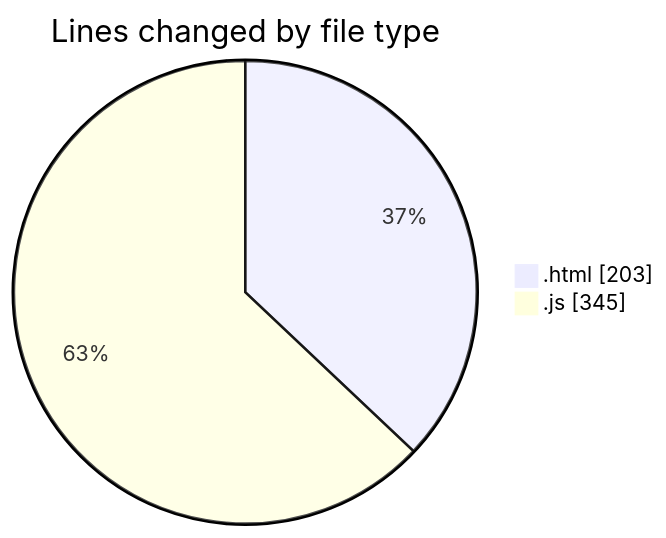
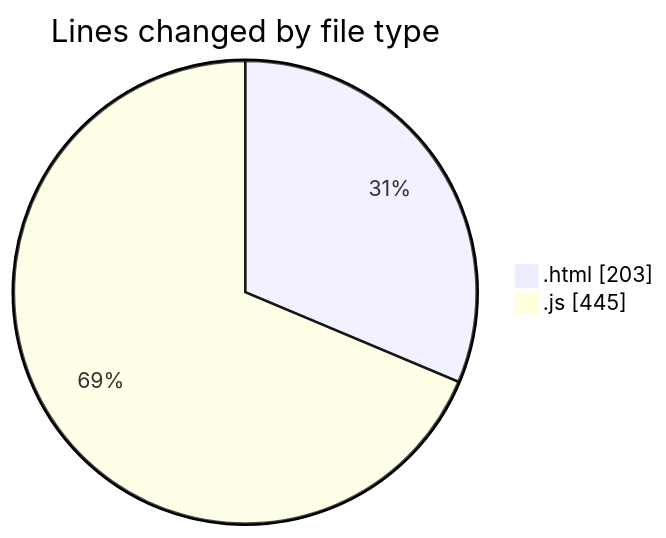
One commit to nxtqubesakshisongat/code-tracking changed the first of 2 diagrams in 2025-09-07/cashcalculator/README.md. Above: the diagram before and after it, drawn with Mermaid. The commit also changed other lines of this file and 1 other file, not shown here.

````diff
--- a/2025-09-07/cashcalculator/README.md
+++ b/2025-09-07/cashcalculator/README.md
@@ -21,6 +21,6 @@
 ```mermaid
 pie showData
 title Lines changed by file type
 ".html" : 203
-".js" : 345
+".js" : 445
 ```
````
